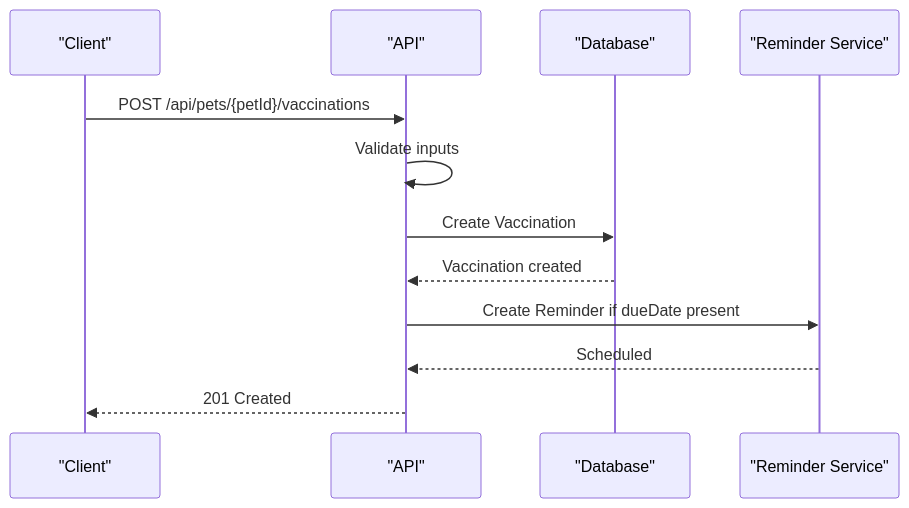
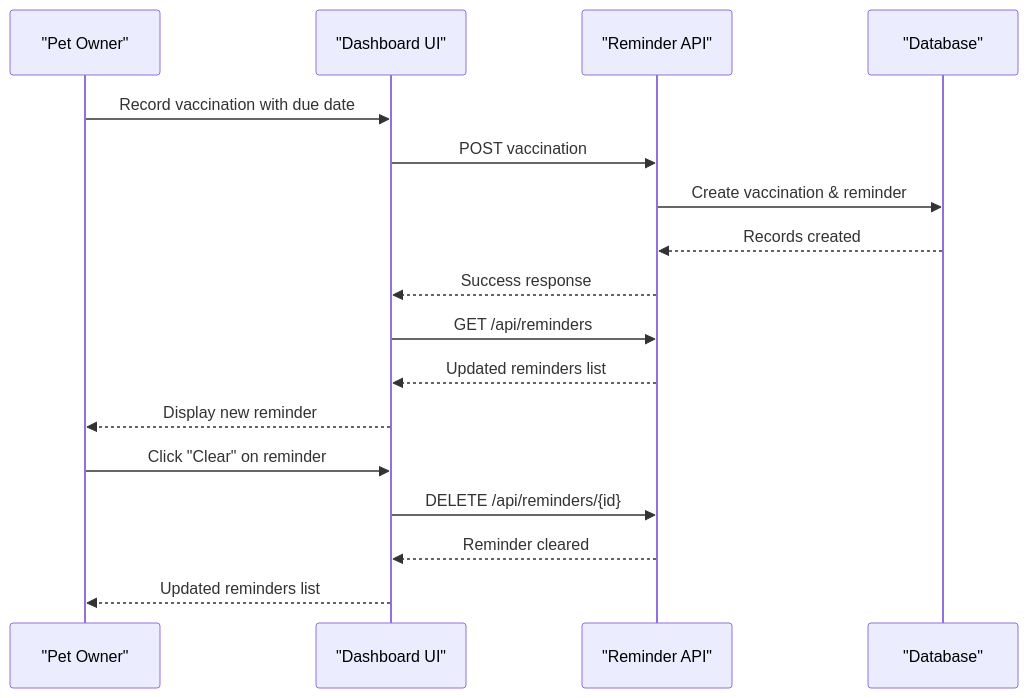
The sixth of 7 diagrams in .qoder/repowiki/en/content/Pet Health Management/Vaccination Tracking.md (Javeria-Javaid/ai-powered-pet-healthcare-ecosystem), drawn with Mermaid before and after one commit. The commit also changed other lines of this file and 45 other files, not shown here.

````diff
--- a/.qoder/repowiki/en/content/Pet Health Management/Vaccination Tracking.md
+++ b/.qoder/repowiki/en/content/Pet Health Management/Vaccination Tracking.md
@@ -287,14 +393,19 @@
 ```mermaid
 sequenceDiagram
-participant Client as "Client"
-participant API as "API"
+participant User as "Pet Owner"
+participant Dashboard as "Dashboard UI"
+participant API as "Reminder API"
 participant DB as "Database"
-participant Remind as "Reminder Service"
-Client->>API : POST /api/pets/{petId}/vaccinations
-API->>API : Validate inputs
-API->>DB : Create Vaccination
-DB-->>API : Vaccination created
-API->>Remind : Create Reminder if dueDate present
-Remind-->>API : Scheduled
-API-->>Client : 201 Created
+User->>Dashboard : Record vaccination with due date
+Dashboard->>API : POST vaccination
+API->>DB : Create vaccination & reminder
+DB-->>API : Records created
+API-->>Dashboard : Success response
+Dashboard->>API : GET /api/reminders
+API-->>Dashboard : Updated reminders list
+Dashboard-->>User : Display new reminder
+User->>Dashboard : Click "Clear" on reminder
+Dashboard->>API : DELETE /api/reminders/{id}
+API-->>Dashboard : Reminder cleared
+Dashboard-->>User : Updated reminders list
 ```
````
